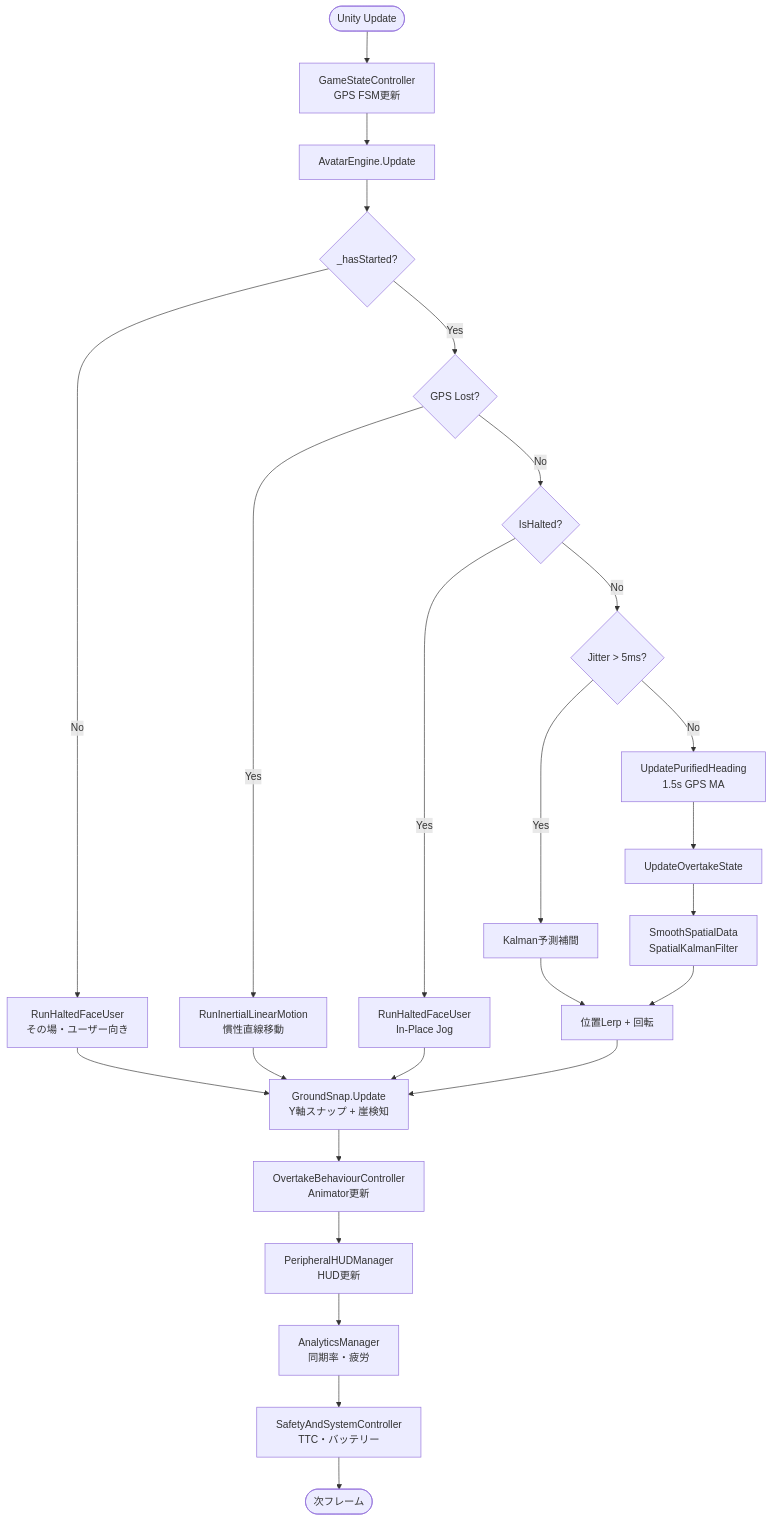
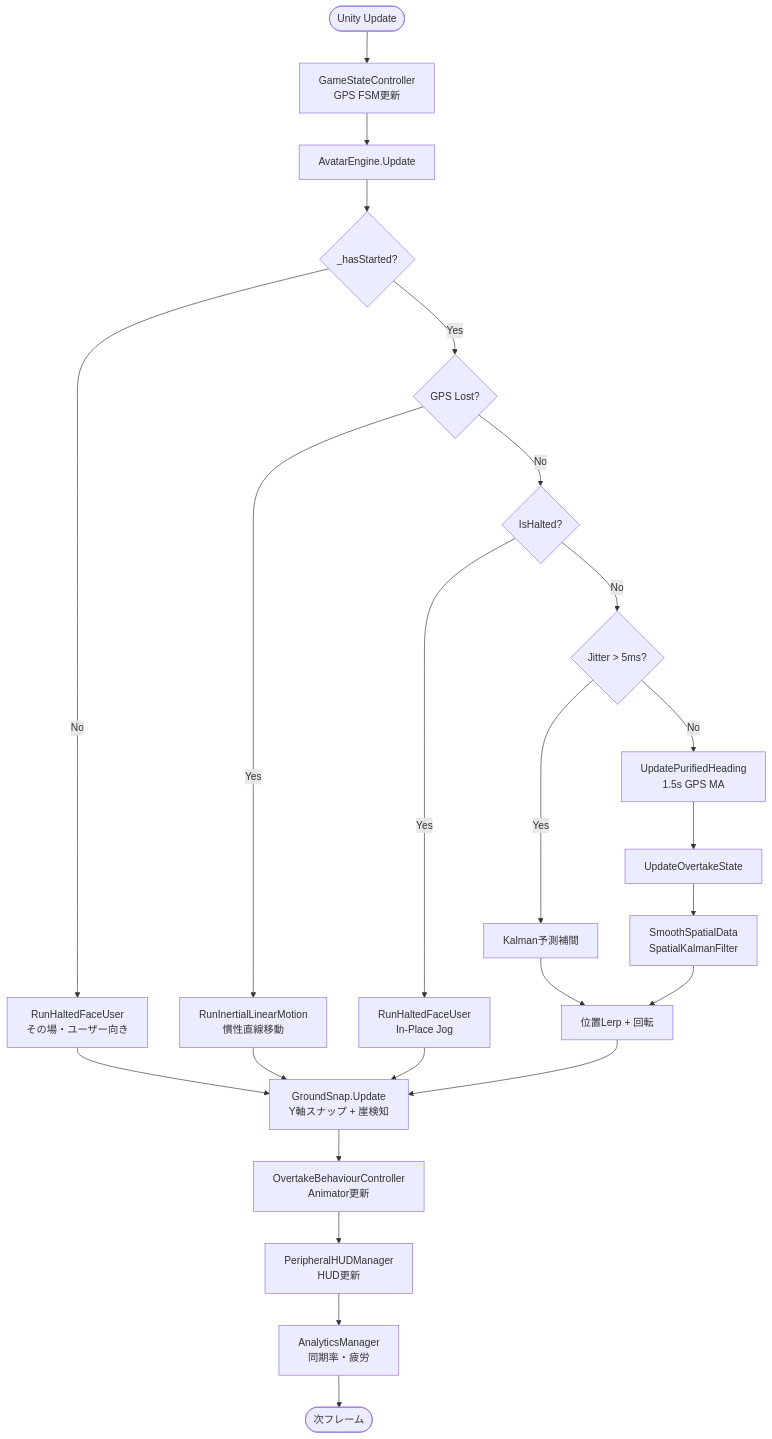
One commit to luqhardy/AR-Pacesetter---Unity changed the second of 4 diagrams in README.md. Above: the diagram before and after it, drawn with Mermaid. The commit also changed other lines of this file and 5 other files, not shown here.

````diff
--- a/README.md
+++ b/README.md
@@ -301,34 +171,33 @@
 ```mermaid
 flowchart TD
     START([Unity Update]) --> GS[GameStateController<br/>GPS FSM更新]
     GS --> AE[AvatarEngine.Update]
 
     AE --> CHECK1{_hasStarted?}
     CHECK1 -->|No| HALT1[RunHaltedFaceUser<br/>その場・ユーザー向き]
     CHECK1 -->|Yes| CHECK2{GPS Lost?}
 
     CHECK2 -->|Yes| INERT[RunInertialLinearMotion<br/>慣性直線移動]
     CHECK2 -->|No| CHECK3{IsHalted?}
 
     CHECK3 -->|Yes| HALT2[RunHaltedFaceUser<br/>In-Place Jog]
     CHECK3 -->|No| JITTER{Jitter > 5ms?}
 
     JITTER -->|Yes| PREDICT[Kalman予測補間]
     JITTER -->|No| PURIFY[UpdatePurifiedHeading<br/>1.5s GPS MA]
 
     PURIFY --> OVERTAKE[UpdateOvertakeState]
     OVERTAKE --> KALMAN[SmoothSpatialData<br/>SpatialKalmanFilter]
     PREDICT --> POS[位置Lerp + 回転]
     KALMAN --> POS
 
     POS --> GS2[GroundSnap.Update<br/>Y軸スナップ + 崖検知]
     GS2 --> ANIM[OvertakeBehaviourController<br/>Animator更新]
     ANIM --> HUD[PeripheralHUDManager<br/>HUD更新]
     HUD --> ANALYTICS[AnalyticsManager<br/>同期率・疲労]
-    ANALYTICS --> SAFETY[SafetyAndSystemController<br/>TTC・バッテリー]
-    SAFETY --> END([次フレーム])
+    ANALYTICS --> END([次フレーム])
 
     HALT1 --> GS2
     HALT2 --> GS2
     INERT --> GS2
 ```
````
